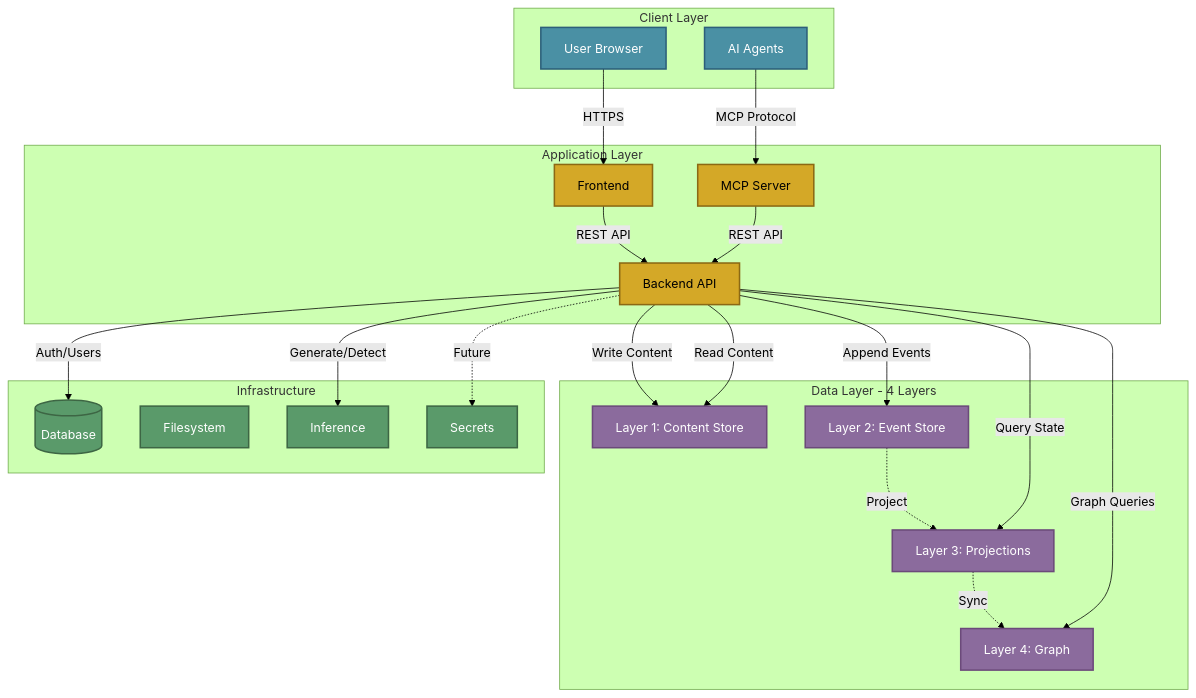
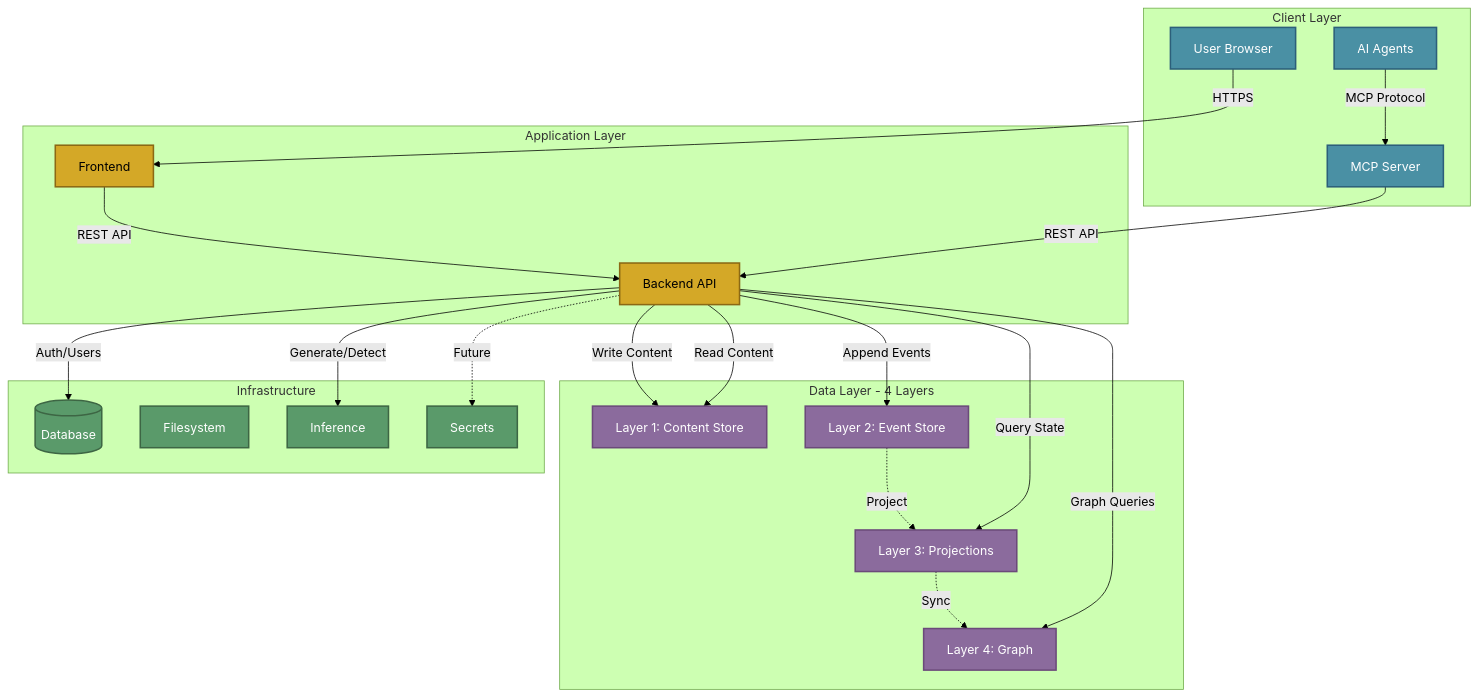
The diagram in docs/ARCHITECTURE.md (The-AI-Alliance/semiont), drawn with Mermaid (forest theme) before and after one commit.

Commit message:
mv MCP Server to Client

````diff
--- a/docs/ARCHITECTURE.md
+++ b/docs/ARCHITECTURE.md
@@ -23,64 +23,64 @@
 ```mermaid
 graph TB
     subgraph "Client Layer"
         USER[User Browser]
         AI[AI Agents]
+        MCP[MCP Server]
     end
 
     subgraph "Application Layer"
         FE[Frontend]
         BE[Backend API]
-        MCP[MCP Server]
     end
 
     subgraph "Data Layer - 4 Layers"
         L1[Layer 1: Content Store]
         L2[Layer 2: Event Store]
         L3[Layer 3: Projections]
         L4[Layer 4: Graph]
     end
 
     subgraph "Infrastructure"
         DB[(Database)]
         FS[Filesystem]
         INF[Inference]
         SEC[Secrets]
     end
 
     %% Client connections
     USER -->|HTTPS| FE
     AI -->|MCP Protocol| MCP
 
     %% Application layer
     FE -->|REST API| BE
     MCP -->|REST API| BE
 
     %% Backend to data layers (write path)
     BE -->|Write Content| L1
     BE -->|Append Events| L2
     BE -->|Auth/Users| DB
 
     %% Event-driven flow
     L2 -.->|Project| L3
     L3 -.->|Sync| L4
 
     %% Backend reads
     BE -->|Read Content| L1
     BE -->|Query State| L3
     BE -->|Graph Queries| L4
 
     %% External services
     BE -->|Generate/Detect| INF
     BE -.->|Future| SEC
 
     %% Styling - darker fills ensure text contrast in both light and dark modes
     classDef client fill:#4a90a4,stroke:#2c5f7a,stroke-width:2px,color:#fff
     classDef app fill:#d4a827,stroke:#8b6914,stroke-width:2px,color:#000
     classDef data fill:#8b6b9d,stroke:#6b4a7a,stroke-width:2px,color:#fff
     classDef infra fill:#5a9a6a,stroke:#3d6644,stroke-width:2px,color:#fff
 
-    class USER,AI client
-    class FE,BE,MCP app
+    class USER,AI,MCP client
+    class FE,BE app
     class L1,L2,L3,L4 data
     class DB,FS,INF,SEC infra
 ```
````
